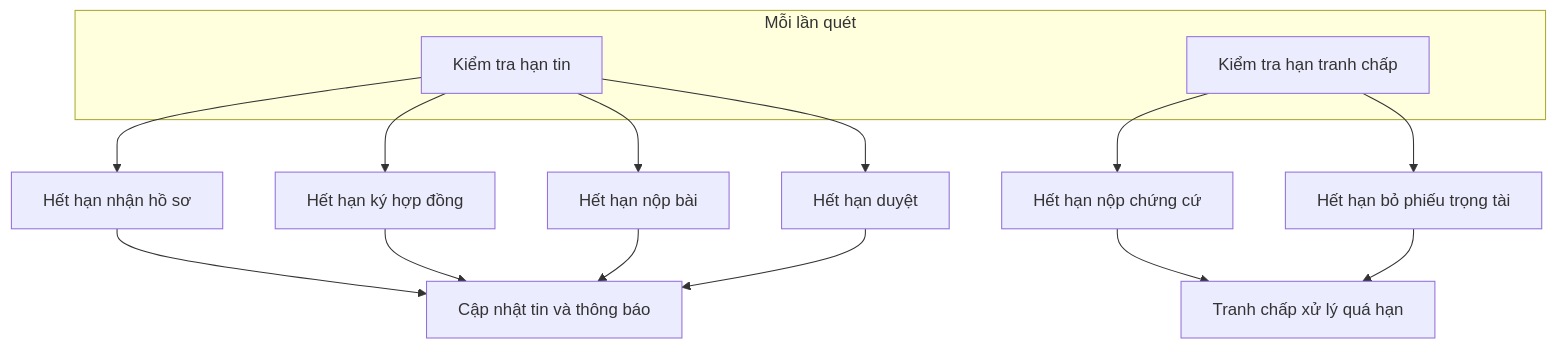
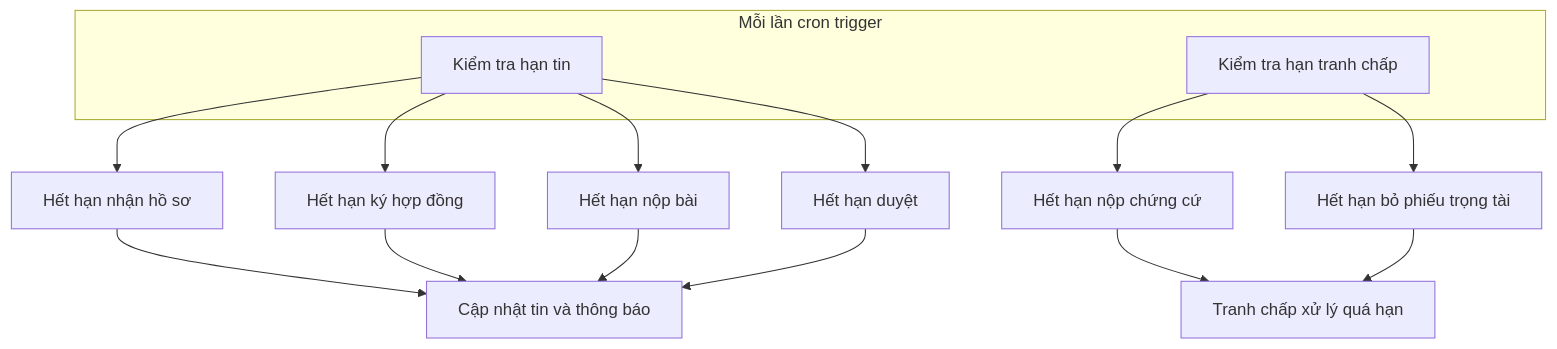
The first of 4 diagrams in system.md (dmt041104111003/docs-nckh), drawn with Mermaid before and after one commit. The commit also changed other lines of this file and 9 other files, not shown here.

````diff
--- a/system.md
+++ b/system.md
@@ -11,19 +26,19 @@
 ```mermaid
 flowchart TD
-  subgraph tick[Mỗi lần quét]
+  subgraph tick[Mỗi lần cron trigger]
     A[Kiểm tra hạn tin]
     B[Kiểm tra hạn tranh chấp]
   end
   A --> A1[Hết hạn nhận hồ sơ]
   A --> A2[Hết hạn ký hợp đồng]
   A --> A3[Hết hạn nộp bài]
   A --> A4[Hết hạn duyệt]
   B --> B1[Hết hạn nộp chứng cứ]
   B --> B2[Hết hạn bỏ phiếu trọng tài]
   A1 --> C[Cập nhật tin và thông báo]
   A2 --> C
   A3 --> C
   A4 --> C
   B1 --> D[Tranh chấp xử lý quá hạn]
   B2 --> D
 ```
````
